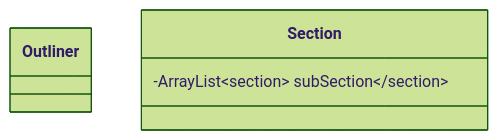
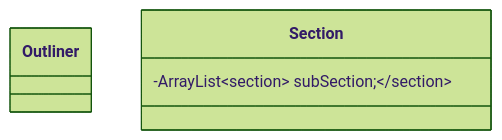
One commit to itsjihunpark/Microsoft-Word-Outliner-Clone changed the diagram in docs/UMLTemplate.md. Above: the diagram before and after it, drawn with Mermaid (forest theme).

Commit message:
Update file UMLTemplate.md

````diff
--- a/docs/UMLTemplate.md
+++ b/docs/UMLTemplate.md
@@ -24,11 +24,11 @@
 ```mermaid
 classDiagram
   
     class Outliner{
       
     }
     class Section{
-      -ArrayList<Section> subSection
+      -ArrayList<Section> subSection;
     }
 
 ```
````
